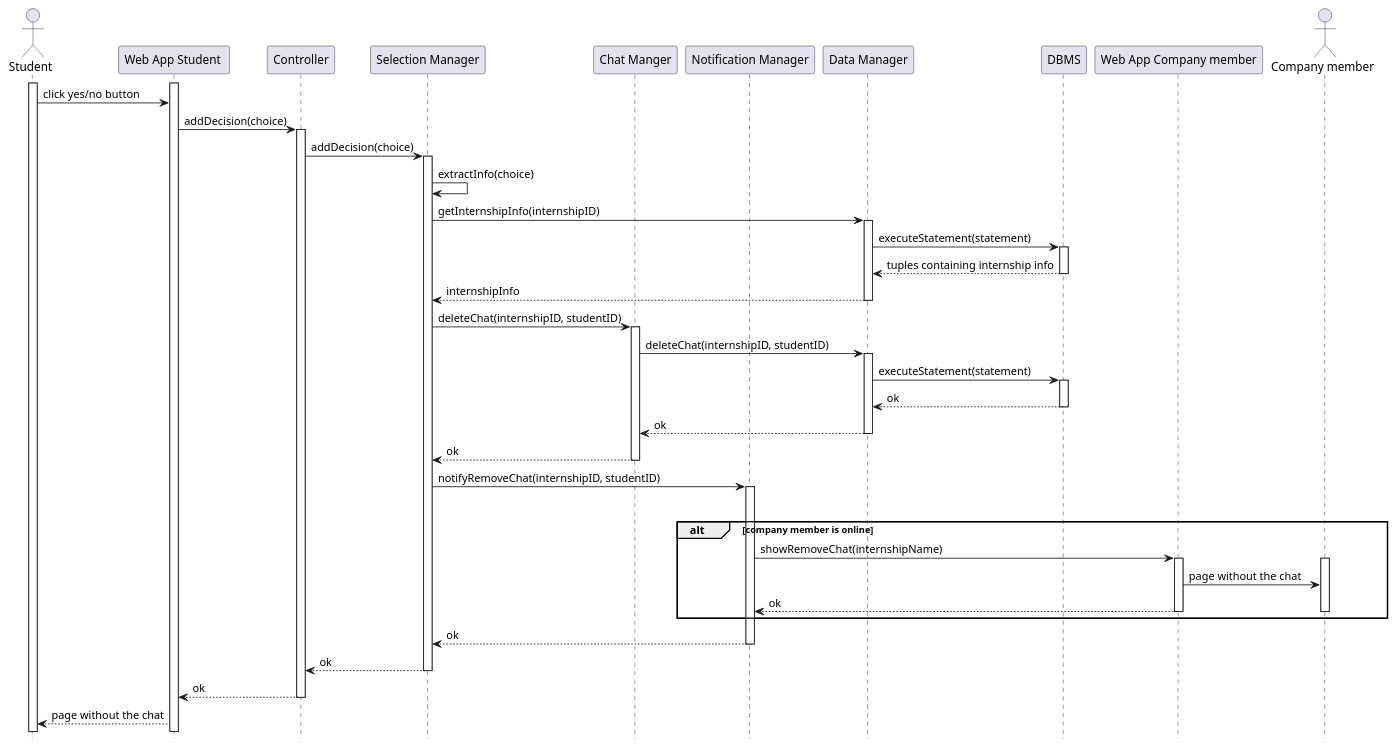
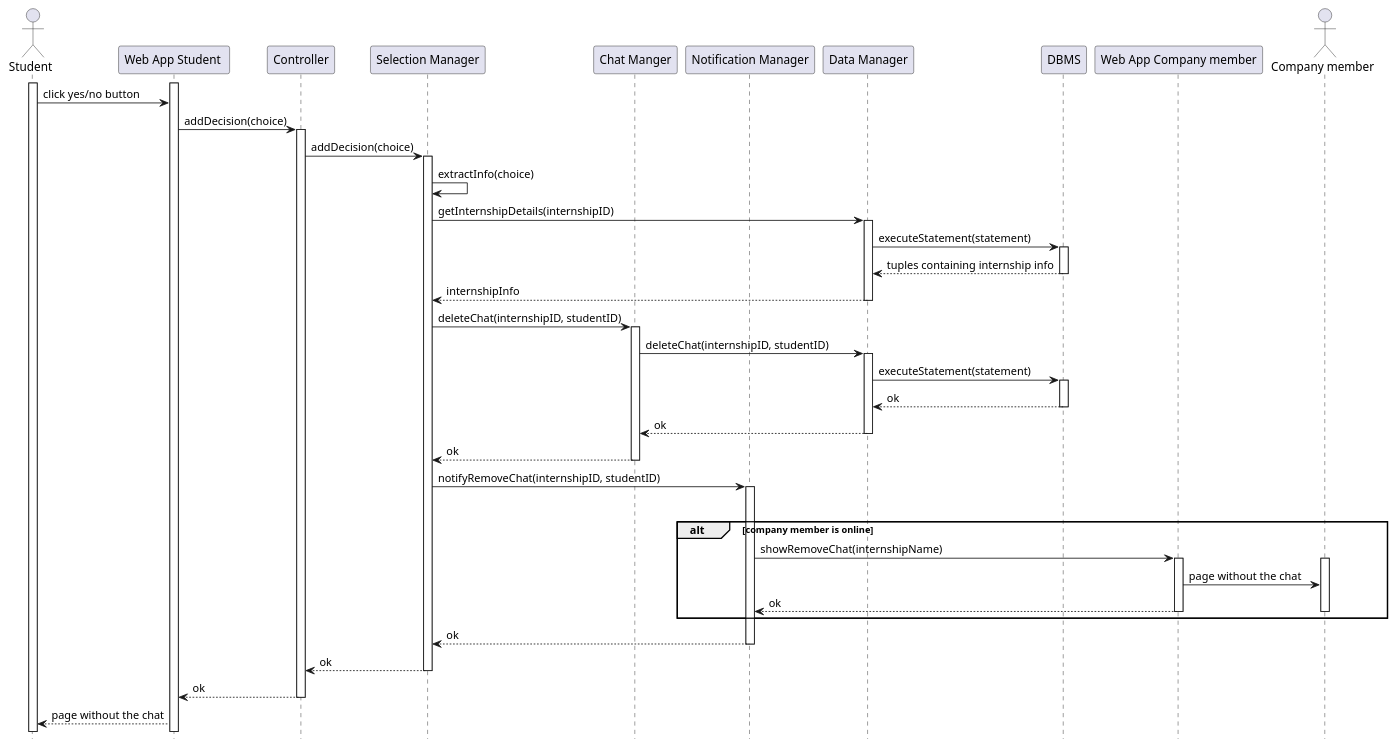
The diagram in DD/Architectural_design/uml_diagrams/RV22_diagram.puml (matti8702/R_and_DD_project_SE2), drawn with PlantUML before and after one commit. The commit also changed 6 other files, not shown here.

Commit message:
fix: fix RV6, RV22 and RV29 diagrams functions

```diff
--- a/DD/Architectural_design/uml_diagrams/RV22_diagram.puml
+++ b/DD/Architectural_design/uml_diagrams/RV22_diagram.puml
@@ -1,64 +1,64 @@
 @startuml RV22_diagram
 hide footbox
 
 actor "Student" as ST
 participant "Web App Student " AS WAST
 participant "Controller" as C
 participant "Selection Manager" as SM
 participant "Chat Manger" as CHM
 participant "Notification Manager" as NM
 participant "Data Manager" as DM
 participant "DBMS" as DB
 participant "Web App Company member" AS WACM
 actor "Company member" as CM
 
 activate ST
 activate WAST
 
 ST -> WAST : click yes/no button
 
 WAST -> C  : addDecision(choice)
 activate C
 C -> SM    : addDecision(choice)
 activate SM
 SM -> SM   : extractInfo(choice)
-SM -> DM   : getInternshipInfo(internshipID)
+SM -> DM   : getInternshipDetails(internshipID)
 activate DM
 DM -> DB  : executeStatement(statement)
 activate DB
 DB --> DM : tuples containing internship info
 deactivate DB
 DM --> SM : internshipInfo
 deactivate DM
 SM -> CHM : deleteChat(internshipID, studentID)
 activate CHM
 CHM -> DM : deleteChat(internshipID, studentID)
 activate DM
 DM -> DB  : executeStatement(statement)
 activate DB
 DB --> DM : ok
 deactivate DB
 DM --> CHM : ok
 deactivate DM
 CHM --> SM : ok
 deactivate CHM
 SM -> NM : notifyRemoveChat(internshipID, studentID)
 activate NM
 loop for all company member of that internship with a chat
 alt company member is online
     NM -> WACM : showRemoveChat(internshipName)
     activate WACM
     activate CM
     WACM -> CM : page without the chat
     WACM --> NM : ok
     deactivate WACM
     deactivate CM
 end
 NM --> SM : ok
 deactivate NM
 SM --> C : ok
 deactivate SM
 C --> WAST : ok
 deactivate C
 WAST --> ST : page without the chat
 @enduml
```
